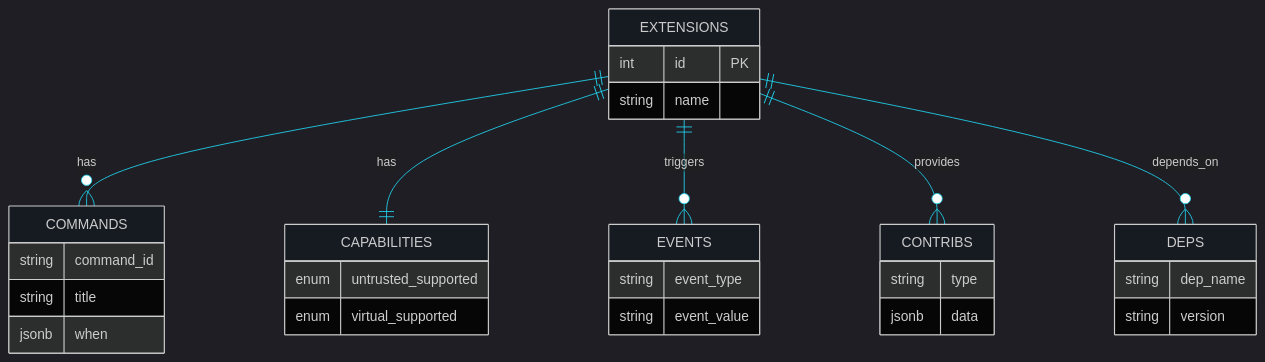
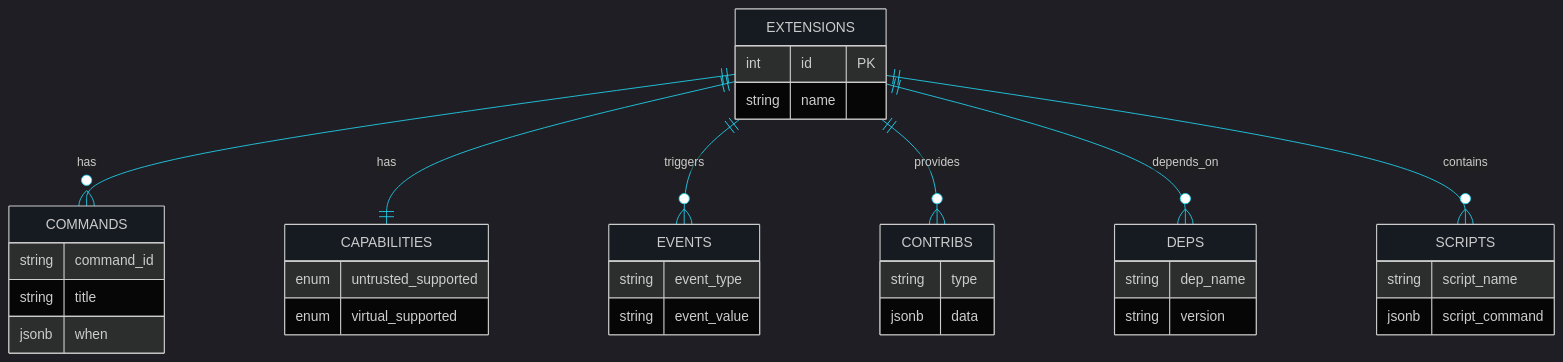
The first of 2 diagrams in documents/DEVELOPMENT_PRIORITIES.md (Ekremunalytu/automation_enviroment), drawn with Mermaid before and after one commit. The commit also changed other lines of this file and 7 other files, not shown here.

````diff
--- a/documents/DEVELOPMENT_PRIORITIES.md
+++ b/documents/DEVELOPMENT_PRIORITIES.md
@@ -57,40 +58,46 @@
 ```mermaid
 %%{init: {'theme': 'dark', 'themeVariables': { 'background': '#0d1117', 'primaryColor': '#7c3aed', 'primaryTextColor': '#e6edf3', 'lineColor': '#22d3ee', 'mainBkg': '#161b22', 'nodeBkg': '#21262d', 'clusterBkg': '#161b22'}}}%%
 erDiagram
     EXTENSIONS ||--o{ COMMANDS : has
     EXTENSIONS ||--|| CAPABILITIES : has
     EXTENSIONS ||--o{ EVENTS : triggers
     EXTENSIONS ||--o{ CONTRIBS : provides
     EXTENSIONS ||--o{ DEPS : depends_on
+    EXTENSIONS ||--o{ SCRIPTS : contains
 
     EXTENSIONS {
         int id PK
         string name
     }
 
     CAPABILITIES {
         enum untrusted_supported
         enum virtual_supported
     }
 
     COMMANDS {
         string command_id
         string title
         jsonb when
     }
 
     EVENTS {
         string event_type
         string event_value
     }
 
     CONTRIBS {
         string type
         jsonb data
     }
 
     DEPS {
         string dep_name
         string version
     }
+
+    SCRIPTS {
+        string script_name
+        jsonb script_command
+    }
 ```
````
